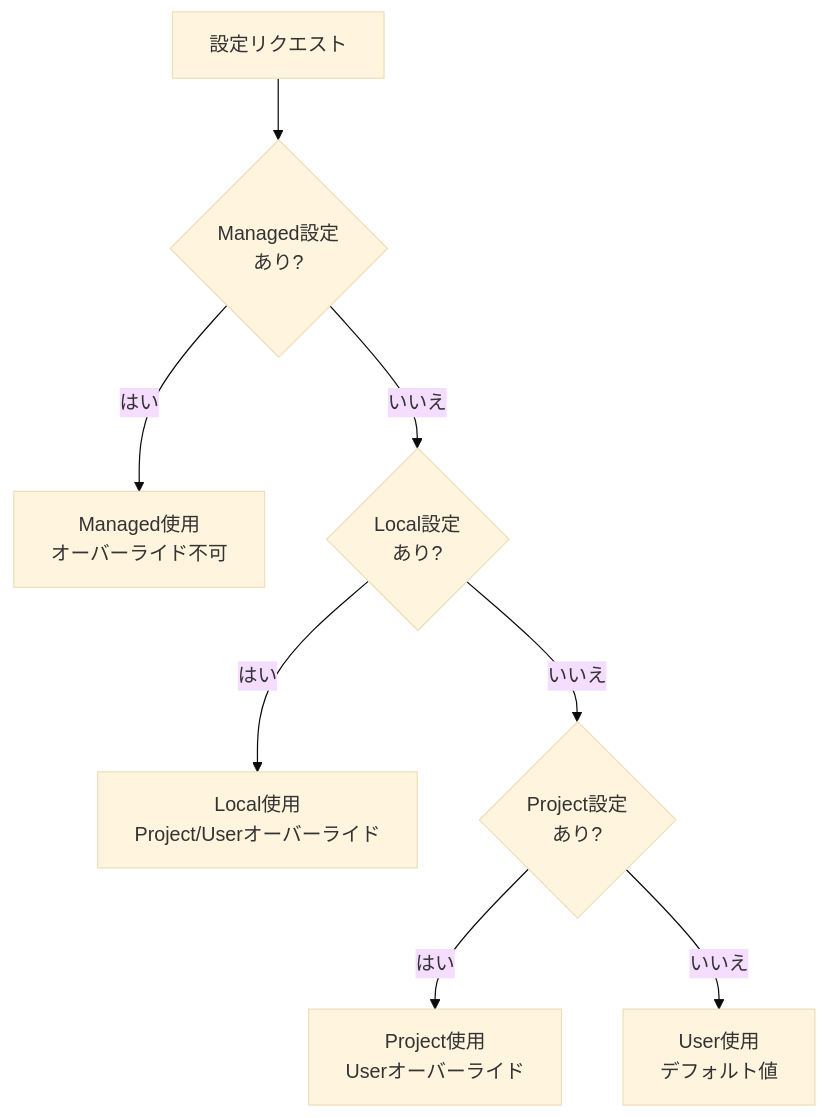
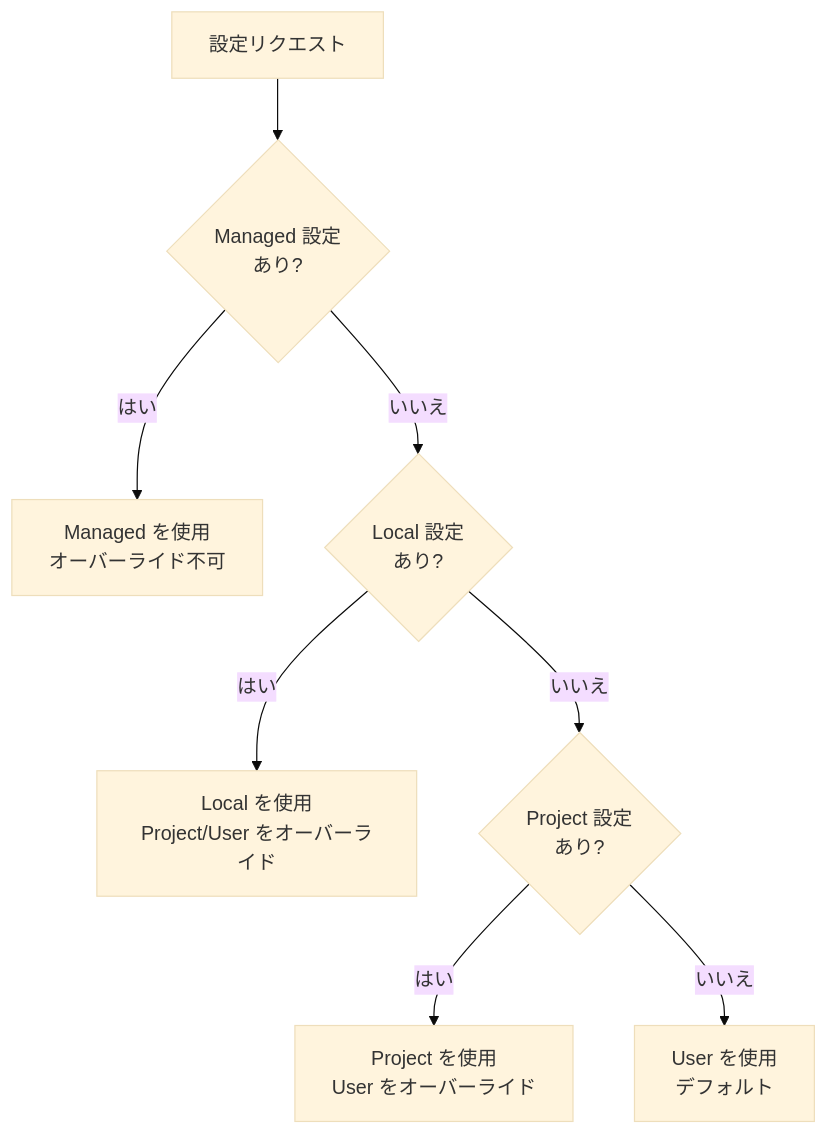
Before and after one commit to modu-ai/moai-adk: the first of 2 diagrams in docs-site/content/ja/advanced/settings-json.md, drawn with Mermaid (base theme). The commit also changed other lines of this file and 395 other files, not shown here.

````diff
--- a/docs-site/content/ja/advanced/settings-json.md
+++ b/docs-site/content/ja/advanced/settings-json.md
@@ -30,10 +30,10 @@
 ```mermaid
 flowchart TD
-    A[設定リクエスト] --> B{Managed設定<br>あり?}
-    B -->|はい| C[Managed使用<br>オーバーライド不可]
-    B -->|いいえ| D{Local設定<br>あり?}
-    D -->|はい| E[Local使用<br>Project/Userオーバーライド]
-    D -->|いいえ| F{Project設定<br>あり?}
-    F -->|はい| G[Project使用<br>Userオーバーライド]
-    F -->|いいえ| H[User使用<br>デフォルト値]
+    A[設定リクエスト] --> B{Managed 設定<br>あり?}
+    B -->|はい| C[Managed を使用<br>オーバーライド不可]
+    B -->|いいえ| D{Local 設定<br>あり?}
+    D -->|はい| E[Local を使用<br>Project/User をオーバーライド]
+    D -->|いいえ| F{Project 設定<br>あり?}
+    F -->|はい| G[Project を使用<br>User をオーバーライド]
+    F -->|いいえ| H[User を使用<br>デフォルト]
 ```
````
